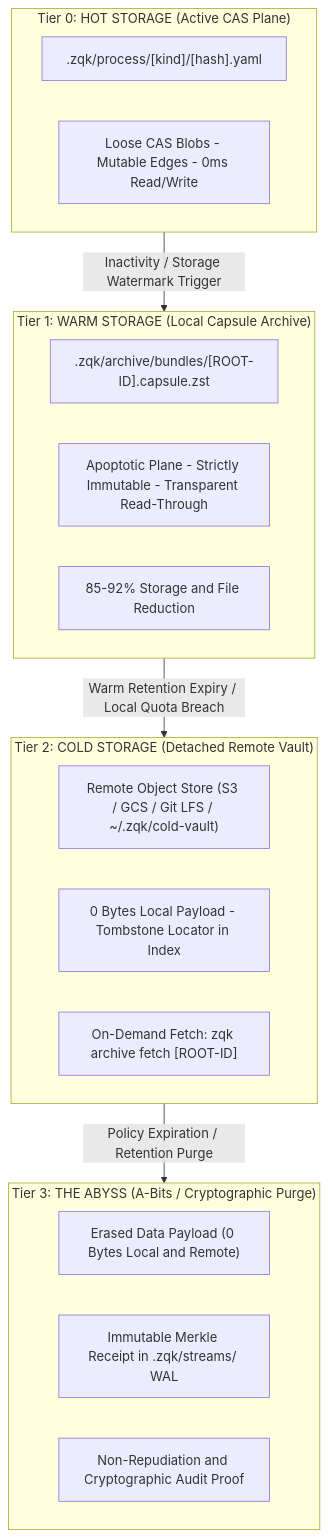
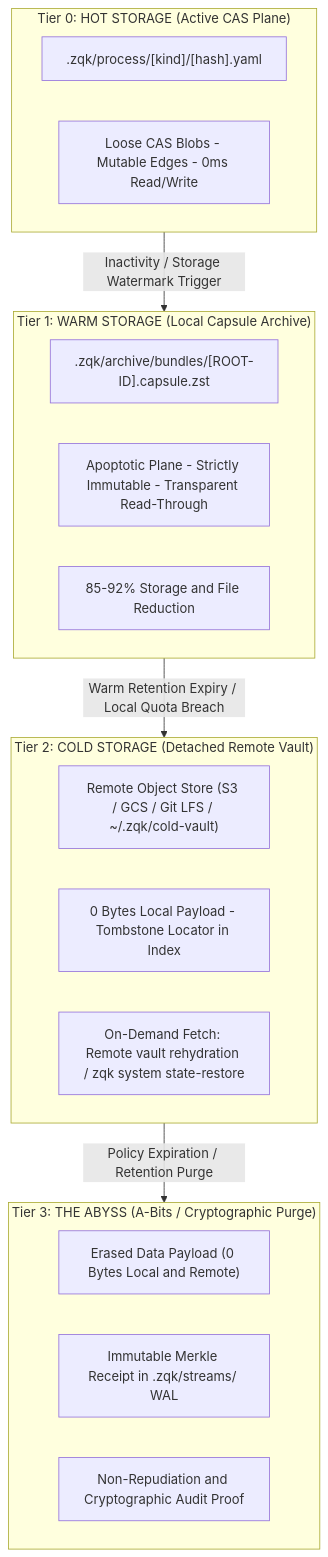
The first of 3 diagrams in docs/architecture/TIERED_STORAGE_AND_ARCHIVAL_LIFECYCLE.md (zqk-os/zqk), drawn with Mermaid before and after one commit. The commit also changed other lines of this file and 21 other files, not shown here.

````diff
--- a/docs/architecture/TIERED_STORAGE_AND_ARCHIVAL_LIFECYCLE.md
+++ b/docs/architecture/TIERED_STORAGE_AND_ARCHIVAL_LIFECYCLE.md
@@ -25,29 +25,29 @@
 ```mermaid
 flowchart TD
     subgraph Tier0["Tier 0: HOT STORAGE (Active CAS Plane)"]
         H1[".zqk/process/[kind]/[hash].yaml"]
         H2["Loose CAS Blobs - Mutable Edges - 0ms Read/Write"]
     end
 
     subgraph Tier1["Tier 1: WARM STORAGE (Local Capsule Archive)"]
         W1[".zqk/archive/bundles/[ROOT-ID].capsule.zst"]
         W2["Apoptotic Plane - Strictly Immutable - Transparent Read-Through"]
         W3["85-92% Storage and File Reduction"]
     end
 
     subgraph Tier2["Tier 2: COLD STORAGE (Detached Remote Vault)"]
         C1["Remote Object Store (S3 / GCS / Git LFS / ~/.zqk/cold-vault)"]
         C2["0 Bytes Local Payload - Tombstone Locator in Index"]
-        C3["On-Demand Fetch: zqk archive fetch [ROOT-ID]"]
+        C3["On-Demand Fetch: Remote vault rehydration / zqk system state-restore"]
     end
 
     subgraph Tier3["Tier 3: THE ABYSS (A-Bits / Cryptographic Purge)"]
         A1["Erased Data Payload (0 Bytes Local and Remote)"]
         A2["Immutable Merkle Receipt in .zqk/streams/ WAL"]
         A3["Non-Repudiation and Cryptographic Audit Proof"]
     end
 
     Tier0 -->|Inactivity / Storage Watermark Trigger| Tier1
     Tier1 -->|Warm Retention Expiry / Local Quota Breach| Tier2
     Tier2 -->|Policy Expiration / Retention Purge| Tier3
 ```
````
